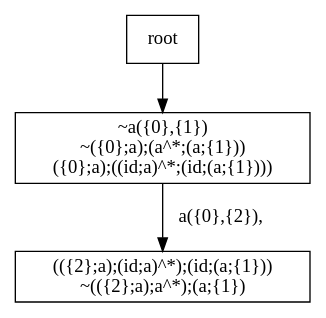
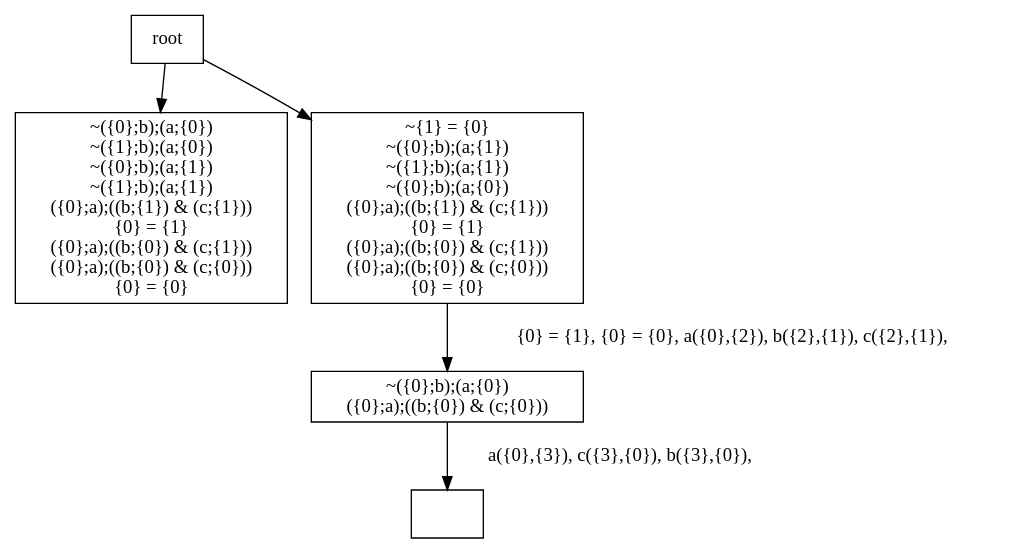
One commit to jangreen/rat changed the diagram in output/regular-debug.dot. Above: the diagram before and after it, drawn with Graphviz. The commit also changed 5 other files, not shown here.

```diff
--- a/output/regular-debug.dot
+++ b/output/regular-debug.dot
@@ -1,13 +1,33 @@
 digraph {
 node[shape="box"]
-N0x136637a40[label="~a({0},{1})
-~({0};a);(a^*;(a;{1}))
-({0};a);((id;a)^*;(id;(a;{1})))
+N0x11e72c970[label="~({0};b);(a;{0})
+~({1};b);(a;{0})
+~({0};b);(a;{1})
+~({1};b);(a;{1})
+({0};a);((b;{1}) & (c;{1}))
+{0} = {1}
+({0};a);((b;{0}) & (c;{1}))
+({0};a);((b;{0}) & (c;{0}))
+{0} = {0}
 "];
-N0x136637a40 -> N0x13670fb50[label="a({0},{2}), 
+root -> N0x11e72c970;
+N0x11e72ce00[label="~{1} = {0}
+~({0};b);(a;{1})
+~({1};b);(a;{1})
+~({0};b);(a;{0})
+({0};a);((b;{1}) & (c;{1}))
+{0} = {1}
+({0};a);((b;{0}) & (c;{1}))
+({0};a);((b;{0}) & (c;{0}))
+{0} = {0}
 "];
-N0x13670fb50[label="(({2};a);(id;a)^*);(id;(a;{1}))
-~(({2};a);a^*);(a;{1})
+N0x11e72ce00 -> N0x11e711f70[label="{0} = {1}, {0} = {0}, a({0},{2}), b({2},{1}), c({2},{1}), 
 "];
-root -> N0x136637a40;
+N0x11e711f70[label="~({0};b);(a;{0})
+({0};a);((b;{0}) & (c;{0}))
+"];
+N0x11e711f70 -> N0x11e709e00[label="a({0},{3}), c({3},{0}), b({3},{0}), 
+"];
+N0x11e709e00[label=""];
+root -> N0x11e72ce00;
 }
```
